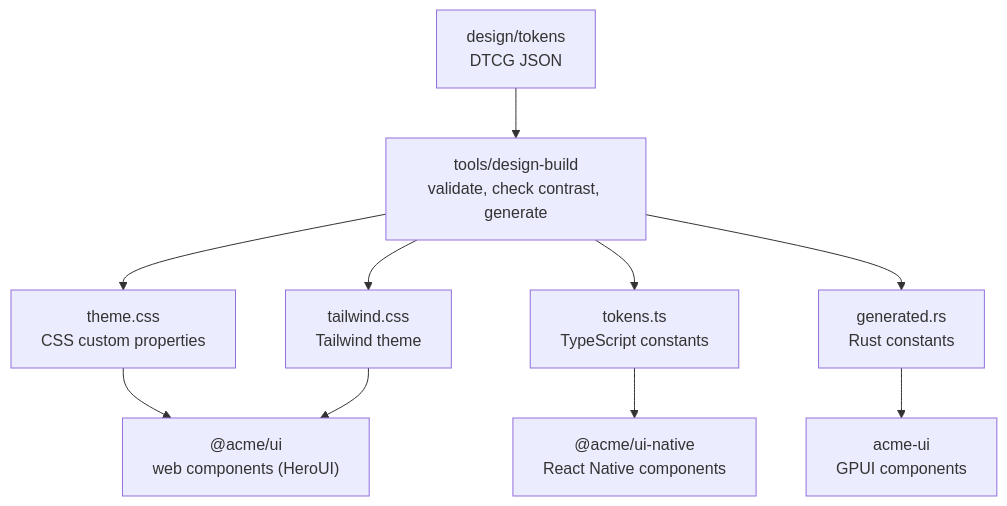
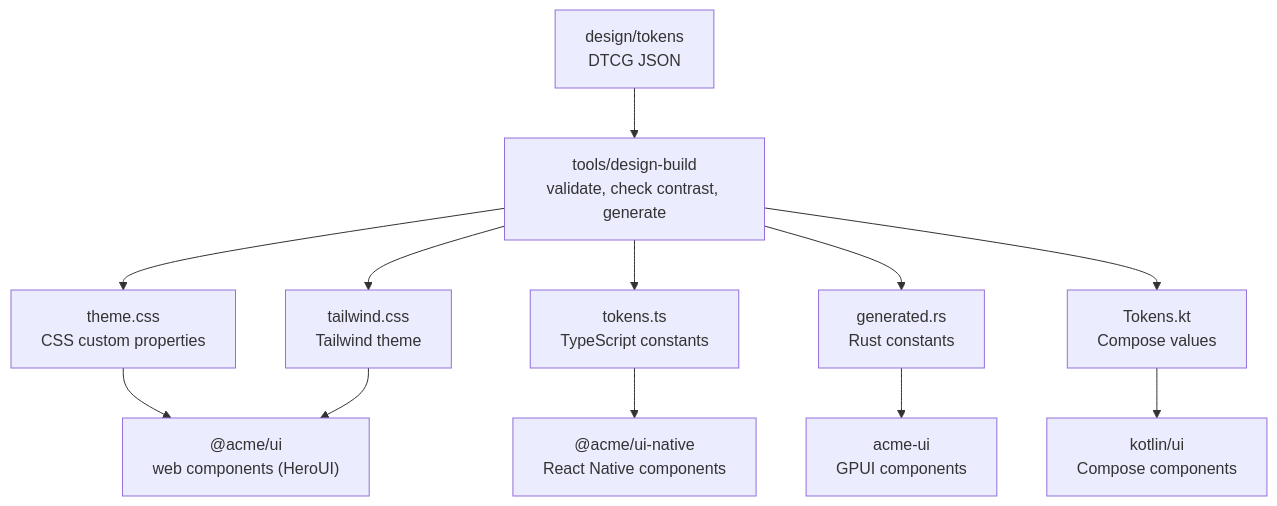
The first of 2 diagrams in docs/design-system.md (kjmin-dev/xds), drawn with Mermaid before and after one commit. The commit also changed other lines of this file and 169 other files, not shown here.

First line of the commit message:
Merge pull request #1 from kjmin-dev/feat/components-compose-cli

````diff
--- a/docs/design-system.md
+++ b/docs/design-system.md
@@ -13,16 +14,18 @@
 ```mermaid
 flowchart TD
   SRC["design/tokens<br/>DTCG JSON"]
   BUILD["tools/design-build<br/>validate, check contrast, generate"]
   SRC --> BUILD
 
   BUILD --> CSS["theme.css<br/>CSS custom properties"]
   BUILD --> TW["tailwind.css<br/>Tailwind theme"]
   BUILD --> TS["tokens.ts<br/>TypeScript constants"]
   BUILD --> RS["generated.rs<br/>Rust constants"]
+  BUILD --> KT["Tokens.kt<br/>Compose values"]
 
   CSS --> WEB["@acme/ui<br/>web components (HeroUI)"]
   TW --> WEB
   TS --> RN["@acme/ui-native<br/>React Native components"]
   RS --> UI["acme-ui<br/>GPUI components"]
+  KT --> CMP["kotlin/ui<br/>Compose components"]
 ```
````
